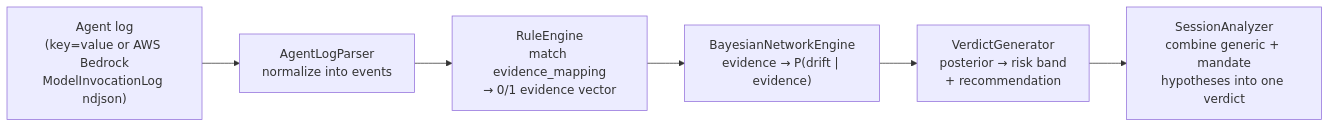
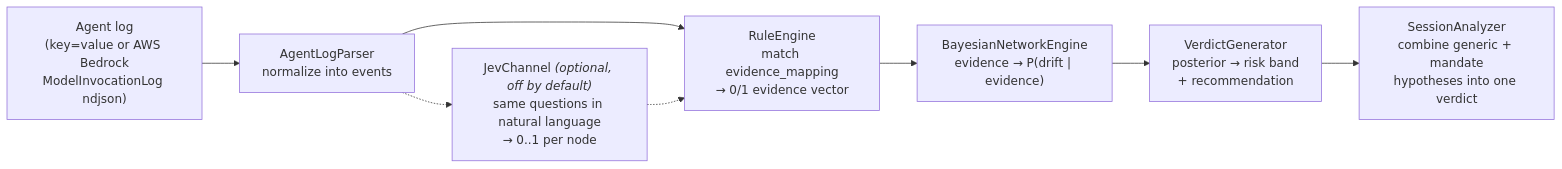
One commit to Mheboobkhan/ShadowMandate changed the diagram in README.md. Above: the diagram before and after it, drawn with Mermaid. The commit also changed other lines of this file and 26 other files, not shown here.

First line of the commit message:
Fix scoring calibration, add opt-in Jev channel, add docs

````diff
--- a/README.md
+++ b/README.md
@@ -218,8 +239,10 @@
 ```mermaid
 flowchart LR
     A["Agent log<br/>(key=value or AWS Bedrock<br/>ModelInvocationLog ndjson)"] --> B["AgentLogParser<br/>normalize into events"]
     B --> C["RuleEngine<br/>match evidence_mapping<br/>&rarr; 0/1 evidence vector"]
+    B -.-> J["JevChannel <i>(optional, off by default)</i><br/>same questions in natural language<br/>&rarr; 0..1 per node"]
+    J -.-> C
     C --> D["BayesianNetworkEngine<br/>evidence &rarr; P(drift | evidence)"]
     D --> E["VerdictGenerator<br/>posterior &rarr; risk band<br/>+ recommendation"]
     E --> F["SessionAnalyzer<br/>combine generic + mandate<br/>hypotheses into one verdict"]
 ```
````
